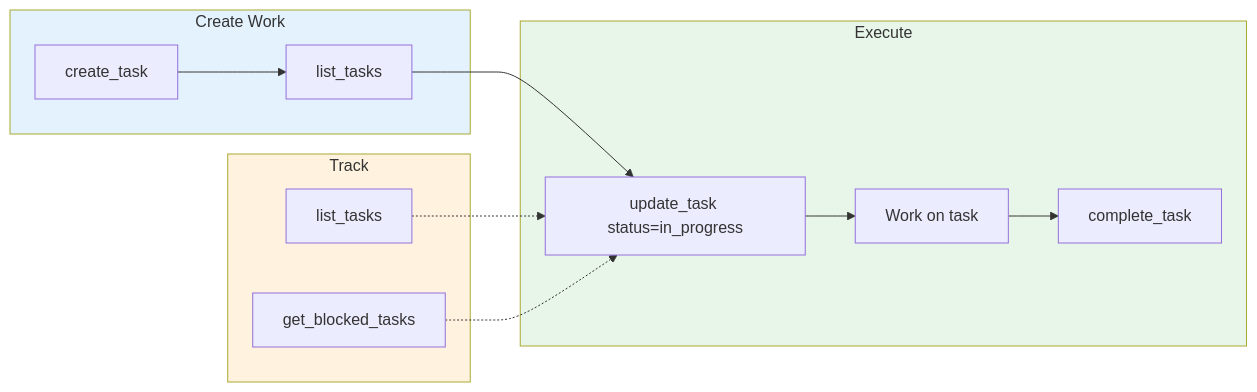
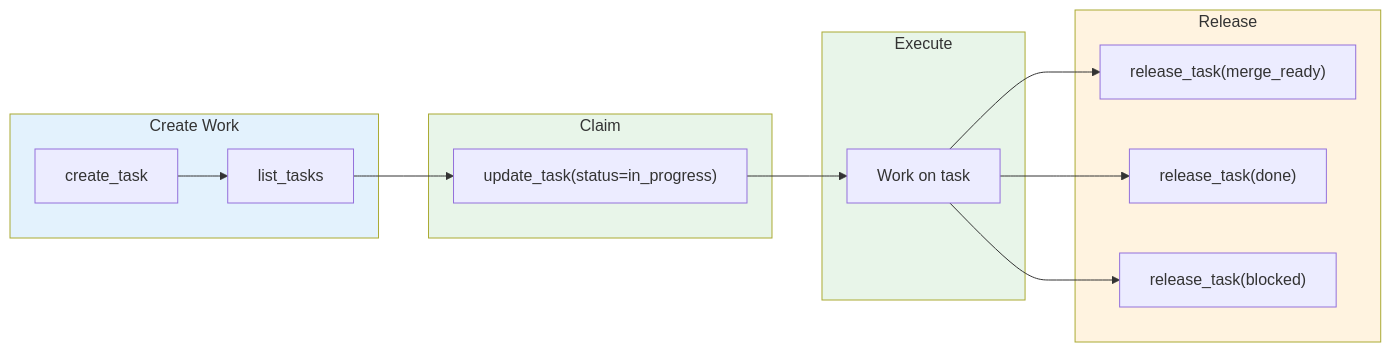
The diagram in specs/work-management.md (nicsuzor/academicOps), drawn with Mermaid before and after one commit. The commit also changed other lines of this file, not shown here.

First line of the commit message:
docs(spec): formalize task lifecycle with release_task and canonical statuses

````diff
--- a/specs/work-management.md
+++ b/specs/work-management.md
@@ -24,26 +25,31 @@
 ```mermaid
 flowchart LR
     subgraph CREATE["Create Work"]
         C1[create_task]
         C2[list_tasks]
     end
 
-    subgraph EXECUTE["Execute"]
-        E1[update_task status=in_progress]
-        E2[Work on task]
-        E3[complete_task]
+    subgraph CLAIM["Claim"]
+        E1["update_task(status=in_progress)"]
     end
 
-    subgraph TRACK["Track"]
-        T1[list_tasks]
-        T2[get_blocked_tasks]
+    subgraph EXECUTE["Execute"]
+        E2[Work on task]
     end
 
-    C1 --> C2 --> E1 --> E2 --> E3
-    T1 -.-> E1
-    T2 -.-> E1
+    subgraph RELEASE["Release"]
+        R1["release_task(merge_ready)"]
+        R2["release_task(done)"]
+        R3["release_task(blocked)"]
+    end
+
+    C1 --> C2 --> E1 --> E2
+    E2 --> R1
+    E2 --> R2
+    E2 --> R3
 
     style CREATE fill:#e3f2fd
+    style CLAIM fill:#e8f5e9
     style EXECUTE fill:#e8f5e9
-    style TRACK fill:#fff3e0
+    style RELEASE fill:#fff3e0
 ```
````
